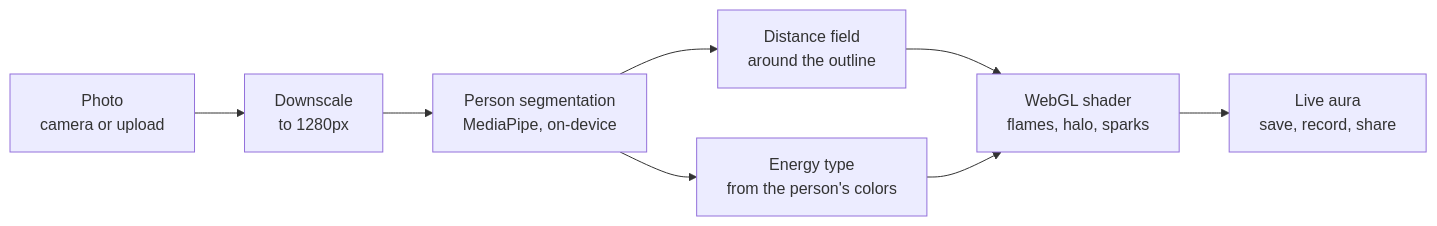
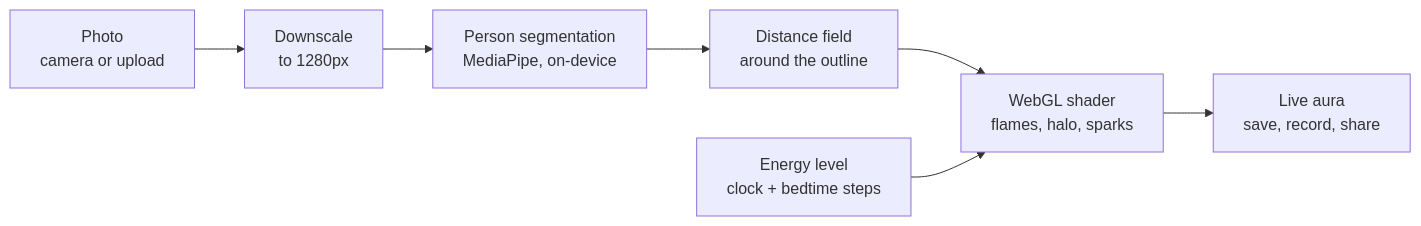
One commit to holroydchase-afk/energy-scanner changed the diagram in README.md. Above: the diagram before and after it, drawn with Mermaid. The commit also changed other lines of this file and 17 other files, not shown here.

First line of the commit message:
ES-M2.1: bedtime Energy Scanner with palm or photo scan

````diff
--- a/README.md
+++ b/README.md
@@ -31,10 +33,9 @@
 ```mermaid
 flowchart LR
   A[Photo<br/>camera or upload] --> B[Downscale<br/>to 1280px]
   B --> C[Person segmentation<br/>MediaPipe, on-device]
   C --> D[Distance field<br/>around the outline]
   D --> E[WebGL shader<br/>flames, halo, sparks]
-  C --> F[Energy type<br/>from the person's colors]
-  F --> E
+  F[Energy level<br/>clock + bedtime steps] --> E
   E --> G[Live aura<br/>save, record, share]
 ```
````
